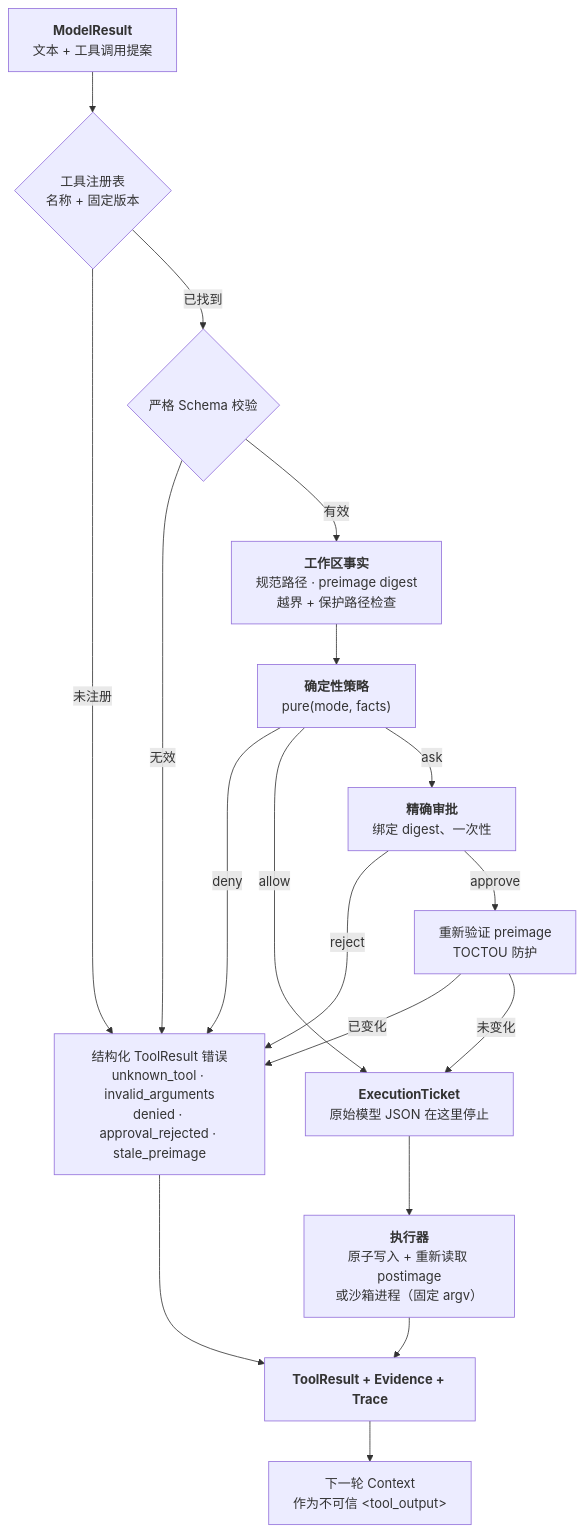
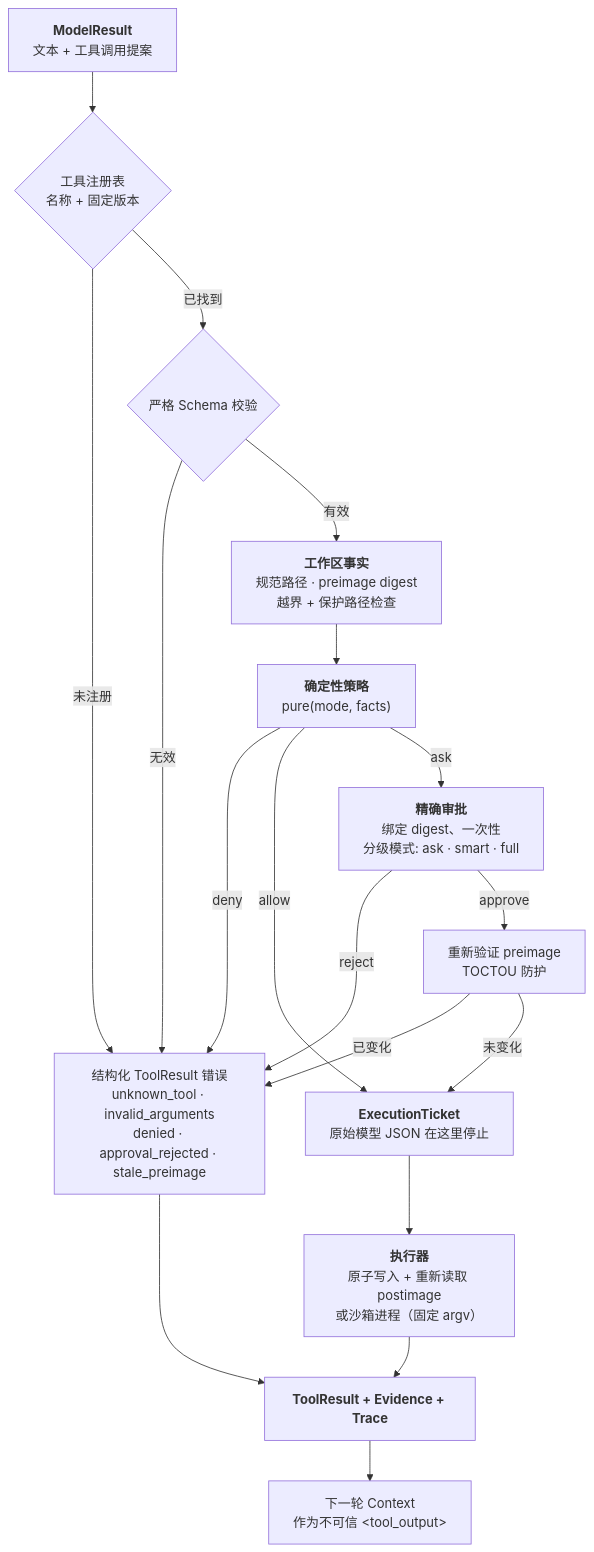
One commit to dyxnb22/Haven changed the diagram in README.zh-CN.md. Above: the diagram before and after it, drawn with Mermaid. The commit also changed other lines of this file and 131 other files, not shown here.

````diff
--- a/README.zh-CN.md
+++ b/README.zh-CN.md
@@ -71,20 +71,20 @@
 ```mermaid
 flowchart TD
     M["<b>ModelResult</b><br/>文本 + 工具调用提案"] --> REG{"工具注册表<br/>名称 + 固定版本"}
     REG -->|未注册| ERR["结构化 ToolResult 错误<br/>unknown_tool · invalid_arguments<br/>denied · approval_rejected · stale_preimage"]
     REG -->|已找到| SCH{"严格 Schema 校验"}
     SCH -->|无效| ERR
     SCH -->|有效| FACTS["<b>工作区事实</b><br/>规范路径 · preimage digest<br/>越界 + 保护路径检查"]
     FACTS --> POL["<b>确定性策略</b><br/>pure(mode, facts)"]
     POL -->|deny| ERR
     POL -->|allow| TICKET
-    POL -->|ask| APR["<b>精确审批</b><br/>绑定 digest、一次性"]
+    POL -->|ask| APR["<b>精确审批</b><br/>绑定 digest、一次性<br/>分级模式: ask · smart · full"]
     APR -->|reject| ERR
     APR -->|approve| TOC["重新验证 preimage<br/>TOCTOU 防护"]
     TOC -->|已变化| ERR
     TOC -->|未变化| TICKET["<b>ExecutionTicket</b><br/>原始模型 JSON 在这里停止"]
     TICKET --> EXE["<b>执行器</b><br/>原子写入 + 重新读取 postimage<br/>或沙箱进程（固定 argv）"]
     EXE --> OUT["<b>ToolResult + Evidence + Trace</b>"]
     ERR --> OUT
     OUT --> CTX["下一轮 Context<br/>作为不可信 &lt;tool_output&gt;"]
 ```
````
